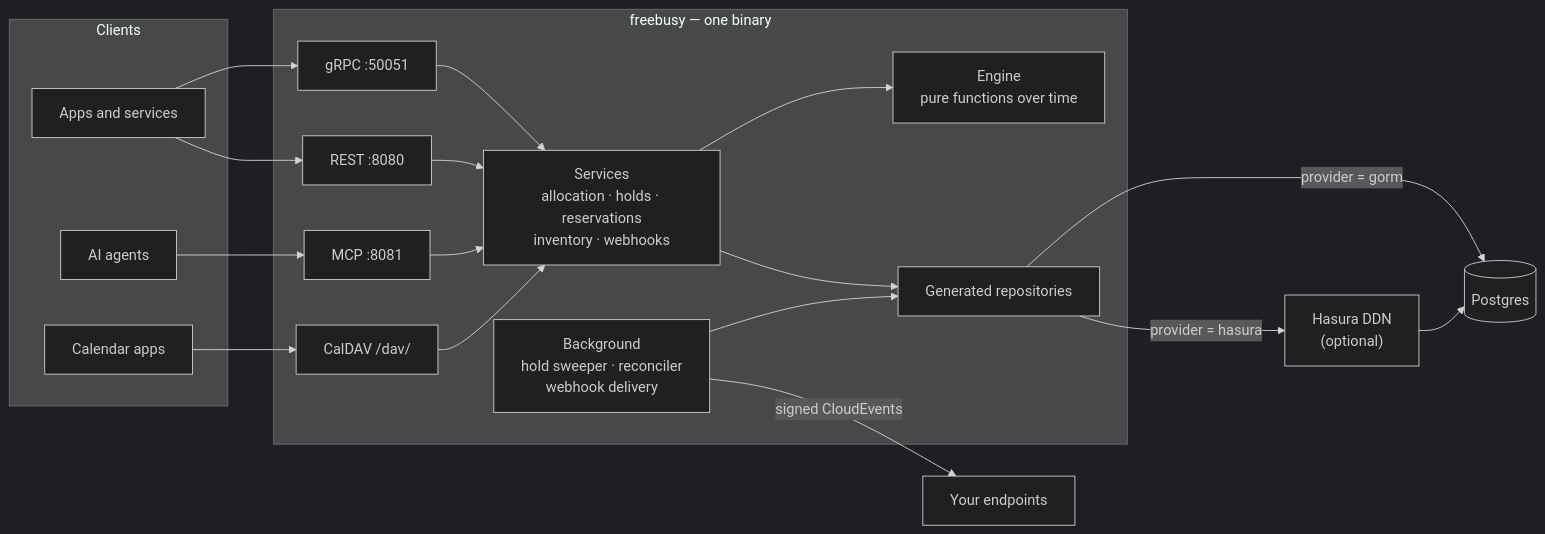
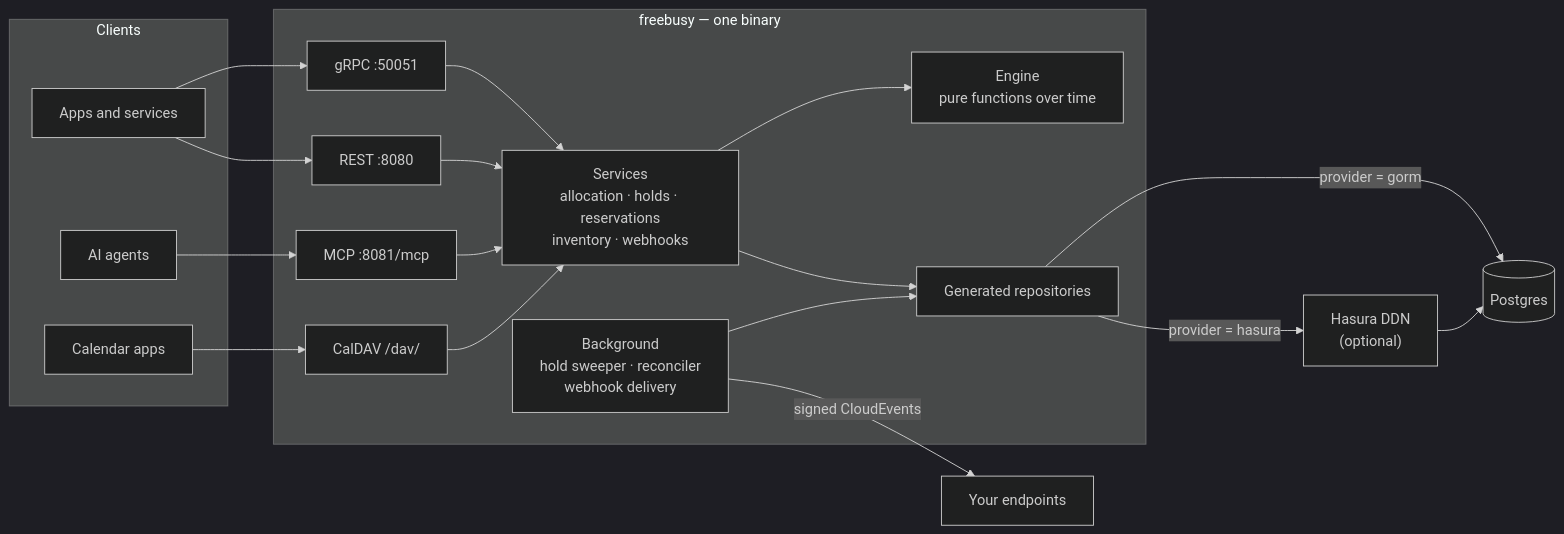
The third of 8 diagrams in README.md (shokki-engineering/freebusy), drawn with Mermaid (dark theme) before and after one commit. The commit also changed other lines of this file and 1982 other files, not shown here.

````diff
--- a/README.md
+++ b/README.md
@@ -113,32 +119,32 @@
 ```mermaid
 flowchart LR
     subgraph Clients
         APP["Apps and services"]
         AGT["AI agents"]
         CALC["Calendar apps"]
     end
     subgraph freebusy["freebusy — one binary"]
         GRPC["gRPC :50051"]
         REST["REST :8080"]
-        MCP["MCP :8081"]
+        MCP["MCP :8081/mcp"]
         DAV["CalDAV /dav/"]
         SVC["Services<br/>allocation · holds · reservations<br/>inventory · webhooks"]
         ENG["Engine<br/>pure functions over time"]
         BG["Background<br/>hold sweeper · reconciler<br/>webhook delivery"]
         REPO["Generated repositories"]
     end
     PG[("Postgres")]
     DDN["Hasura DDN<br/>(optional)"]
     HOOK["Your endpoints"]
 
     APP --> GRPC & REST
     AGT --> MCP
     CALC --> DAV
     GRPC & REST & MCP & DAV --> SVC
     SVC --> ENG
     SVC --> REPO
     BG --> REPO
     REPO -- "provider = gorm" --> PG
     REPO -- "provider = hasura" --> DDN --> PG
     BG -- "signed CloudEvents" --> HOOK
 ```
````
